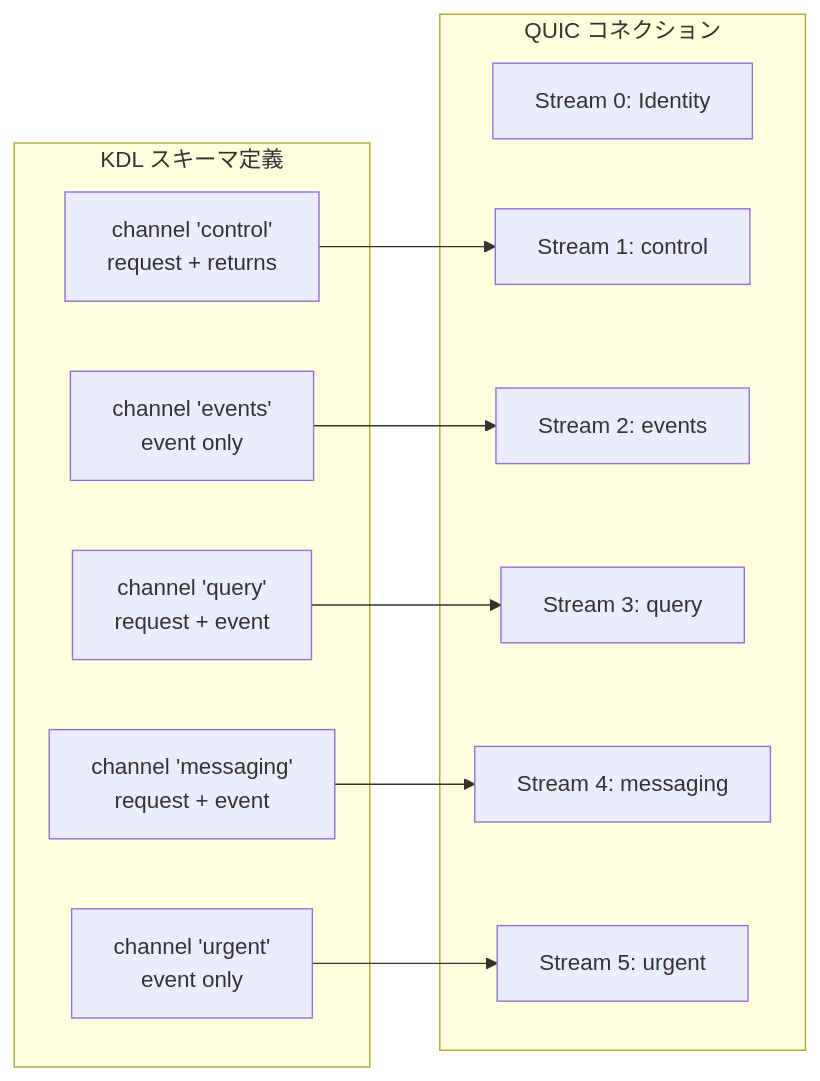
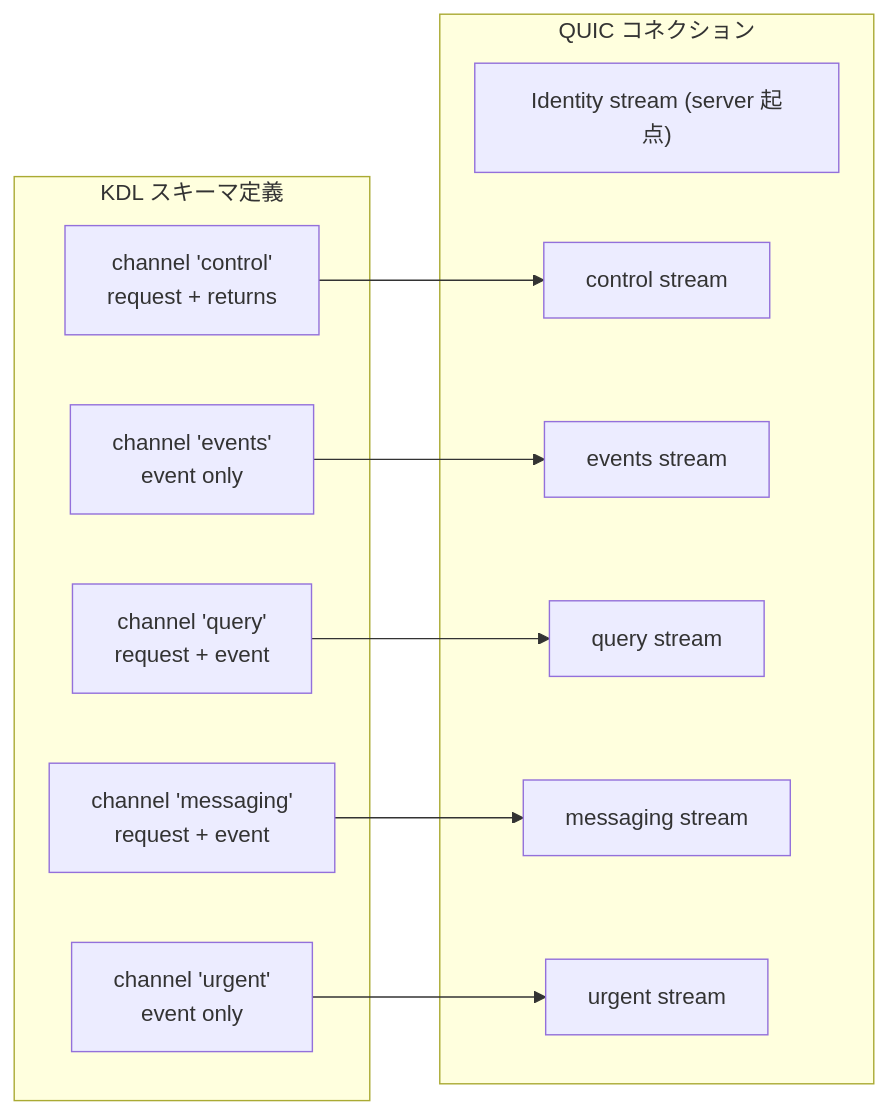
Before and after one commit to chronista-club/club-unison: the fourth of 8 diagrams in spec/01-core-concept/SPEC.md, drawn with Mermaid. The commit also changed other lines of this file and 24 other files, not shown here.

````diff
--- a/spec/01-core-concept/SPEC.md
+++ b/spec/01-core-concept/SPEC.md
@@ -134,25 +134,25 @@
 ```mermaid
 graph LR
     subgraph "KDL スキーマ定義"
         CH1["channel 'control'<br/>request + returns"]
         CH2["channel 'events'<br/>event only"]
         CH3["channel 'query'<br/>request + event"]
         CH4["channel 'messaging'<br/>request + event"]
         CH5["channel 'urgent'<br/>event only"]
     end
 
     subgraph "QUIC コネクション"
-        QS0["Stream 0: Identity"]
-        QS1["Stream 1: control"]
-        QS2["Stream 2: events"]
-        QS3["Stream 3: query"]
-        QS4["Stream 4: messaging"]
-        QS5["Stream 5: urgent"]
+        QS0["Identity stream (server 起点)"]
+        QS1["control stream"]
+        QS2["events stream"]
+        QS3["query stream"]
+        QS4["messaging stream"]
+        QS5["urgent stream"]
     end
 
     CH1 --> QS1
     CH2 --> QS2
     CH3 --> QS3
     CH4 --> QS4
     CH5 --> QS5
 ```
````
